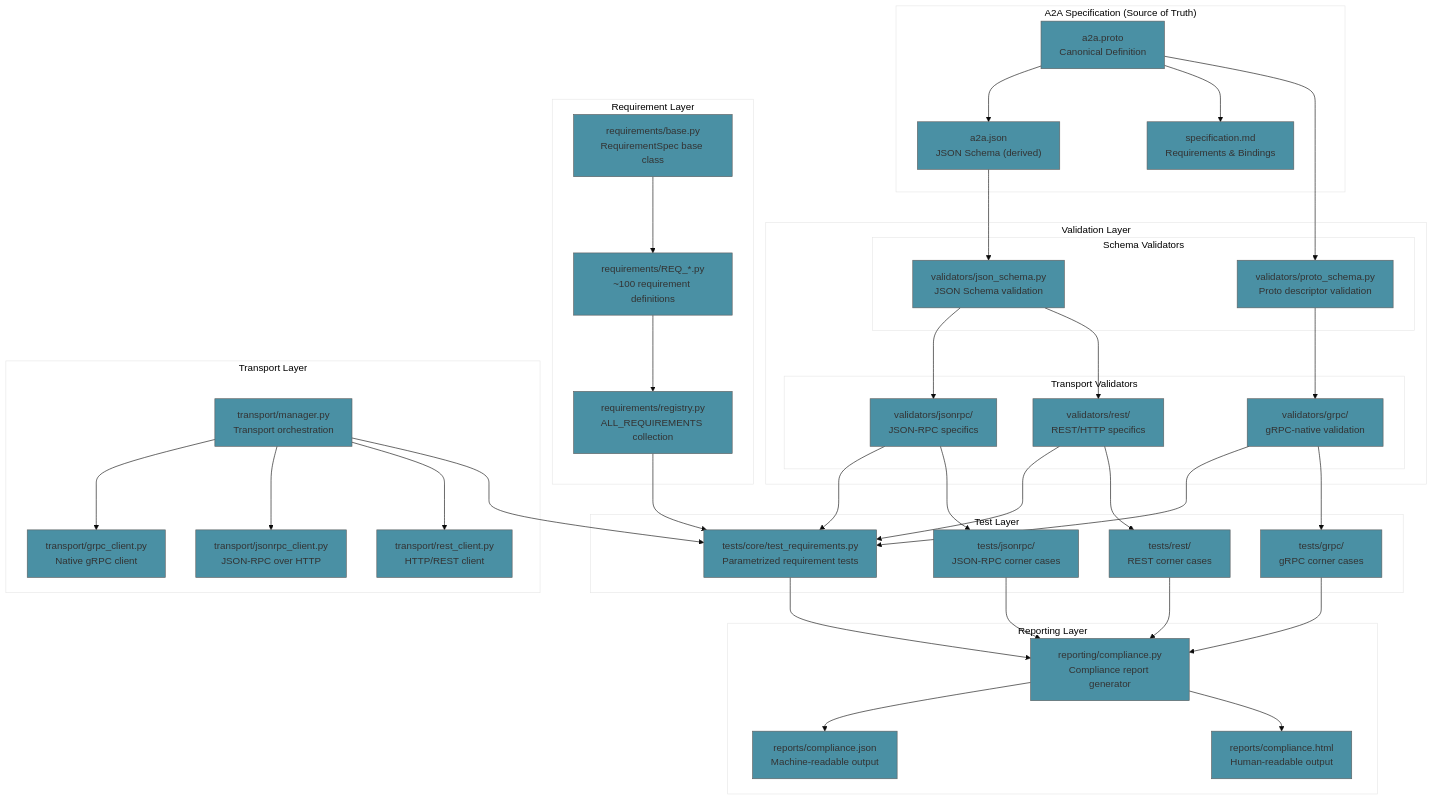
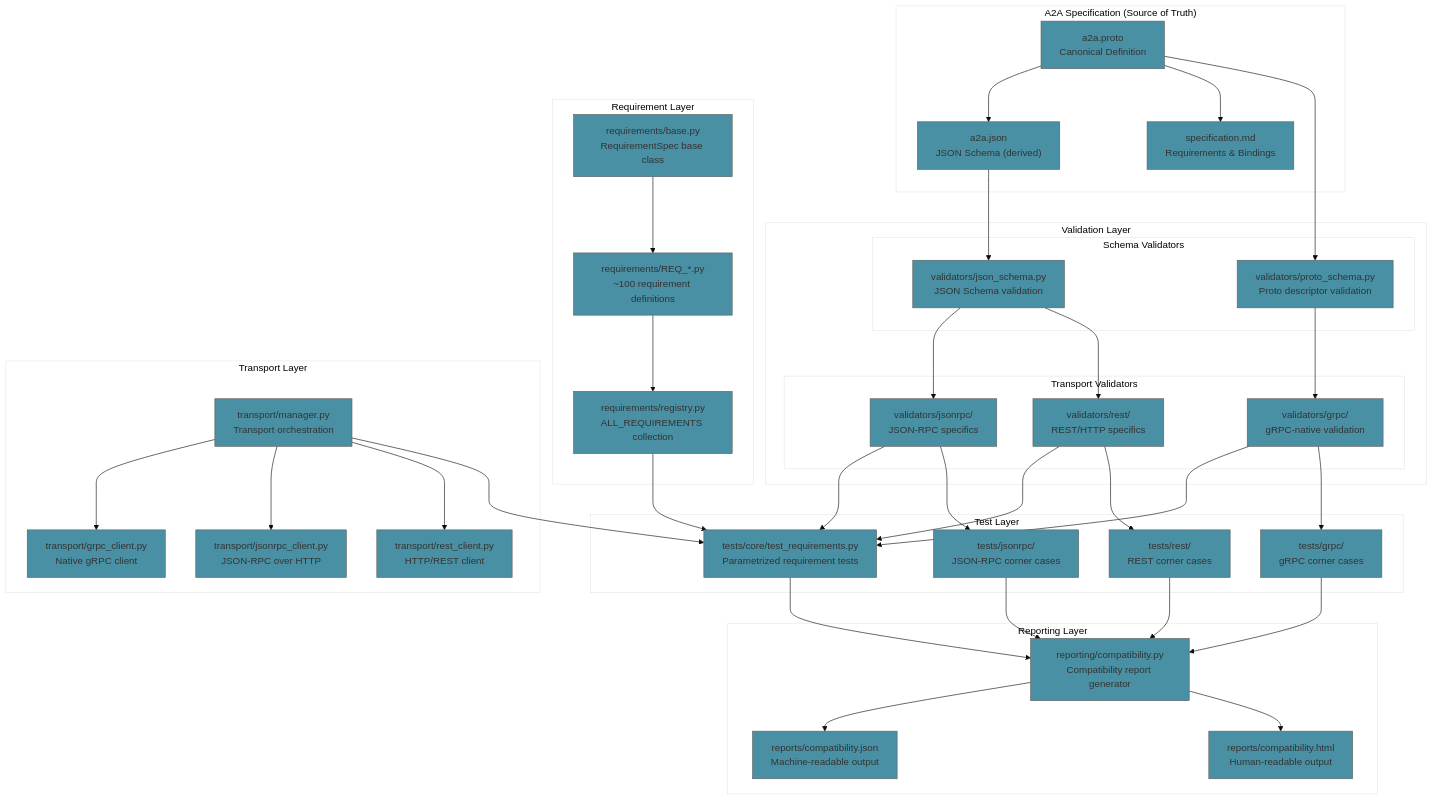
The diagram in PRD/architecture.mmd (a2aproject/a2a-tck), drawn with Mermaid before and after one commit. The commit also changed 59 other files, not shown here.

First line of the commit message:
refactor: replace "compliance" with "compatibility" throughout the codebase

```diff
--- a/PRD/architecture.mmd
+++ b/PRD/architecture.mmd
@@ -1,83 +1,83 @@
 %%{init: {'theme': 'base', 'themeVariables': { 'primaryColor': '#4a90a4', 'secondaryColor': '#f4f4f4', 'tertiaryColor': '#fff'}}}%%
 
 graph TB
     subgraph "A2A Specification (Source of Truth)"
         PROTO["a2a.proto<br/>Canonical Definition"]
         JSON_SCHEMA["a2a.json<br/>JSON Schema (derived)"]
         SPEC_MD["specification.md<br/>Requirements & Bindings"]
 
         PROTO --> JSON_SCHEMA
         PROTO --> SPEC_MD
     end
 
     subgraph "Requirement Layer"
         REQ_BASE["requirements/base.py<br/>RequirementSpec base class"]
         REQ_DEFS["requirements/REQ_*.py<br/>~100 requirement definitions"]
         REQ_REGISTRY["requirements/registry.py<br/>ALL_REQUIREMENTS collection"]
 
         REQ_BASE --> REQ_DEFS
         REQ_DEFS --> REQ_REGISTRY
     end
 
     subgraph "Validation Layer"
         subgraph "Schema Validators"
             JSON_VAL["validators/json_schema.py<br/>JSON Schema validation"]
             PROTO_VAL["validators/proto_schema.py<br/>Proto descriptor validation"]
         end
 
         subgraph "Transport Validators"
             GRPC_VAL["validators/grpc/<br/>gRPC-native validation"]
             JSONRPC_VAL["validators/jsonrpc/<br/>JSON-RPC specifics"]
             REST_VAL["validators/rest/<br/>REST/HTTP specifics"]
         end
 
         JSON_SCHEMA --> JSON_VAL
         PROTO --> PROTO_VAL
 
         JSON_VAL --> JSONRPC_VAL
         JSON_VAL --> REST_VAL
         PROTO_VAL --> GRPC_VAL
     end
 
     subgraph "Transport Layer"
         GRPC_CLIENT["transport/grpc_client.py<br/>Native gRPC client"]
         JSONRPC_CLIENT["transport/jsonrpc_client.py<br/>JSON-RPC over HTTP"]
         REST_CLIENT["transport/rest_client.py<br/>HTTP/REST client"]
         TRANSPORT_MGR["transport/manager.py<br/>Transport orchestration"]
 
         TRANSPORT_MGR --> GRPC_CLIENT
         TRANSPORT_MGR --> JSONRPC_CLIENT
         TRANSPORT_MGR --> REST_CLIENT
     end
 
     subgraph "Test Layer"
         CORE_TESTS["tests/core/test_requirements.py<br/>Parametrized requirement tests"]
         GRPC_CORNER["tests/grpc/<br/>gRPC corner cases"]
         JSONRPC_CORNER["tests/jsonrpc/<br/>JSON-RPC corner cases"]
         REST_CORNER["tests/rest/<br/>REST corner cases"]
 
         REQ_REGISTRY --> CORE_TESTS
         GRPC_VAL --> CORE_TESTS
         JSONRPC_VAL --> CORE_TESTS
         REST_VAL --> CORE_TESTS
 
         JSONRPC_VAL --> JSONRPC_CORNER
         REST_VAL --> REST_CORNER
         GRPC_VAL --> GRPC_CORNER
     end
 
     subgraph "Reporting Layer"
-        REPORTER["reporting/compliance.py<br/>Compliance report generator"]
-        REPORT_JSON["reports/compliance.json<br/>Machine-readable output"]
-        REPORT_HTML["reports/compliance.html<br/>Human-readable output"]
+        REPORTER["reporting/compatibility.py<br/>Compatibility report generator"]
+        REPORT_JSON["reports/compatibility.json<br/>Machine-readable output"]
+        REPORT_HTML["reports/compatibility.html<br/>Human-readable output"]
 
         CORE_TESTS --> REPORTER
         GRPC_CORNER --> REPORTER
         JSONRPC_CORNER --> REPORTER
         REST_CORNER --> REPORTER
 
         REPORTER --> REPORT_JSON
         REPORTER --> REPORT_HTML
     end
 
     TRANSPORT_MGR --> CORE_TESTS
```
